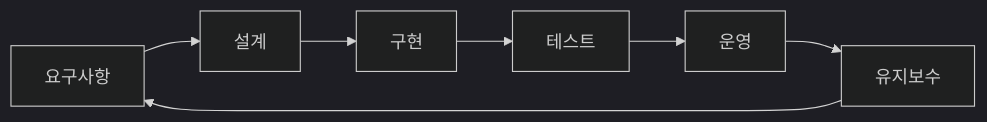
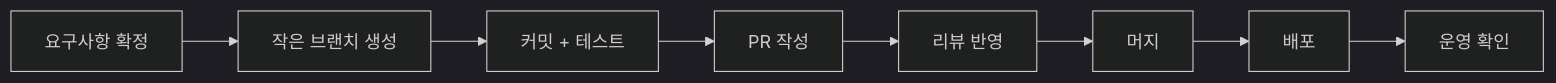
Before and after one commit to yeongseon-books/book-content: the diagram in docs/ko/software-engineering-101/01-what-is-software-engineering.md, drawn with Mermaid (dark theme). The commit also changed other lines of this file and 4143 other files, not shown here.

````diff
--- a/docs/ko/software-engineering-101/01-what-is-software-engineering.md
+++ b/docs/ko/software-engineering-101/01-what-is-software-engineering.md
@@ -36,9 +252,10 @@
 ```mermaid
 flowchart LR
-    R["요구사항"] --> D["설계"]
-    D --> I["구현"]
-    I --> T["테스트"]
-    T --> O["운영"]
-    O --> M["유지보수"]
-    M --> R
+    A["요구사항 확정"] --> B["작은 브랜치 생성"]
+    B --> C["커밋 + 테스트"]
+    C --> D["PR 작성"]
+    D --> E["리뷰 반영"]
+    E --> F["머지"]
+    F --> G["배포"]
+    G --> H["운영 확인"]
 ```
````
